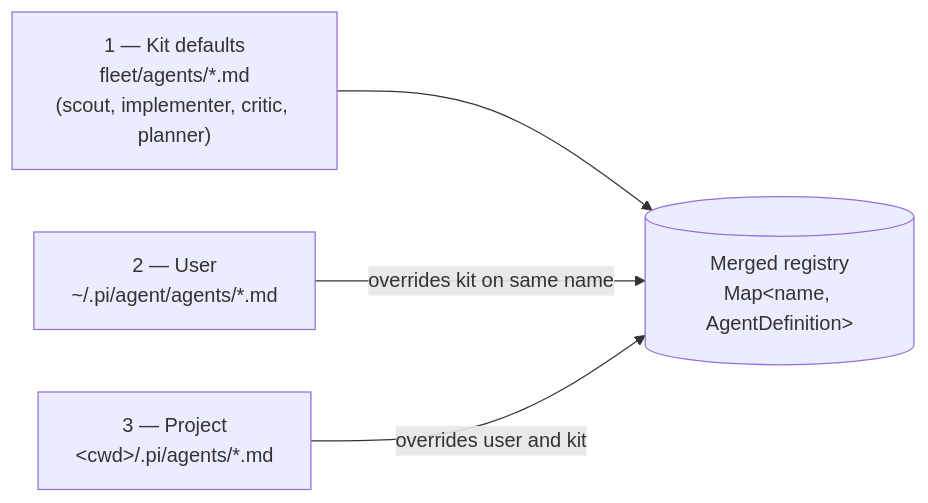
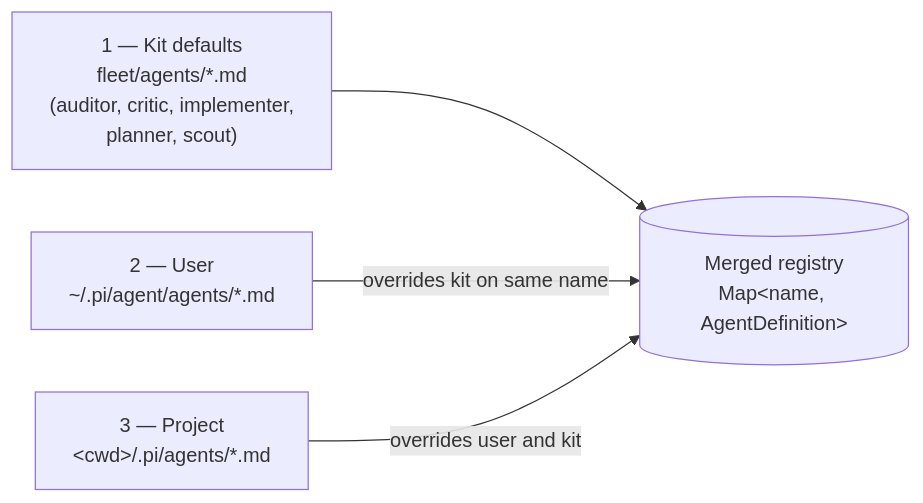
Before and after one commit to ulvestuen/pi-kit: the second of 10 diagrams in docs/fleet-architecture.md, drawn with Mermaid. The commit also changed other lines of this file and 6 other files, not shown here.

````diff
--- a/docs/fleet-architecture.md
+++ b/docs/fleet-architecture.md
@@ -103,11 +103,11 @@
 ```mermaid
 flowchart LR
-    kit["1 — Kit defaults<br/>fleet/agents/*.md<br/>(scout, implementer, critic, planner)"]
+    kit["1 — Kit defaults<br/>fleet/agents/*.md<br/>(auditor, critic, implementer,<br/>planner, scout)"]
     user["2 — User<br/>~/.pi/agent/agents/*.md"]
     project["3 — Project<br/>&lt;cwd&gt;/.pi/agents/*.md"]
     reg[("Merged registry<br/>Map&lt;name, AgentDefinition&gt;")]
 
     kit --> reg
     user -->|"overrides kit on same name"| reg
     project -->|"overrides user and kit"| reg
 ```
````
